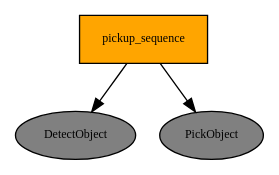
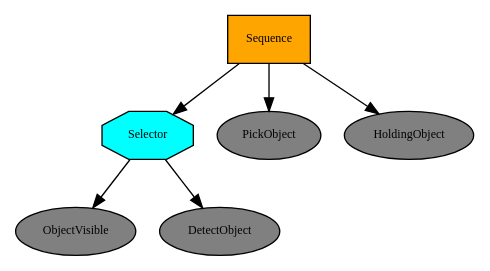
One commit to bkemp3/AgenticAI-Final-Project-Sandbox changed the diagram in Test_Env_1/outputs/trees/pickup_object.dot. Above: the diagram before and after it, drawn with Graphviz. The commit also changed 7 other files, not shown here.

```diff
--- a/Test_Env_1/outputs/trees/pickup_object.dot
+++ b/Test_Env_1/outputs/trees/pickup_object.dot
@@ -1,11 +1,17 @@
 digraph pastafarianism {
 ordering=out;
 graph [fontname="times-roman"];
 node [fontname="times-roman"];
 edge [fontname="times-roman"];
-pickup_sequence [label="pickup_sequence", shape=box, style=filled, fillcolor=orange, fontsize=9, fontcolor=black];
+Sequence [label=Sequence, shape=box, style=filled, fillcolor=orange, fontsize=9, fontcolor=black];
+Selector [label=Selector, shape=octagon, style=filled, fillcolor=cyan, fontsize=9, fontcolor=black];
+Sequence -> Selector;
+ObjectVisible [label=ObjectVisible, shape=ellipse, style=filled, fillcolor=gray, fontsize=9, fontcolor=black];
+Selector -> ObjectVisible;
 DetectObject [label=DetectObject, shape=ellipse, style=filled, fillcolor=gray, fontsize=9, fontcolor=black];
-pickup_sequence -> DetectObject;
+Selector -> DetectObject;
 PickObject [label=PickObject, shape=ellipse, style=filled, fillcolor=gray, fontsize=9, fontcolor=black];
-pickup_sequence -> PickObject;
+Sequence -> PickObject;
+HoldingObject [label=HoldingObject, shape=ellipse, style=filled, fillcolor=gray, fontsize=9, fontcolor=black];
+Sequence -> HoldingObject;
 }
```
